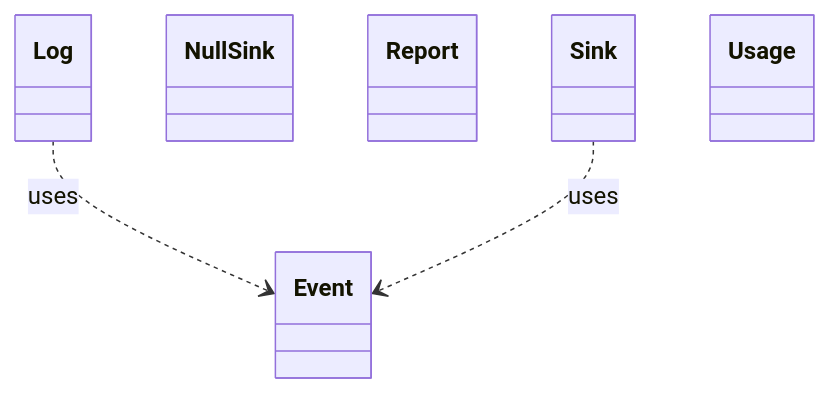
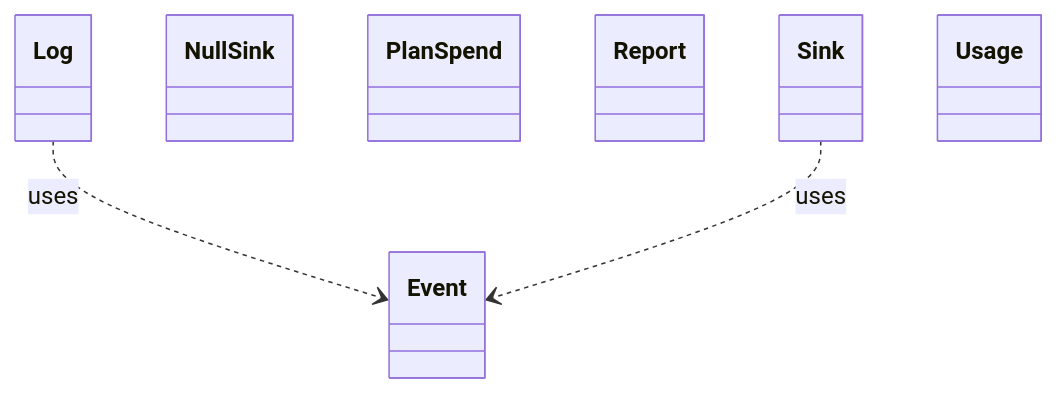
One commit to kigster/openlanes changed the diagram in docs/architecture/openlanes-events.md. Above: the diagram before and after it, drawn with Mermaid. The commit also changed 47 other files, not shown here.

````diff
--- a/docs/architecture/openlanes-events.md
+++ b/docs/architecture/openlanes-events.md
@@ -5,11 +5,12 @@
 ```mermaid
 classDiagram
   class OpenLanes__Events__Event["Event"]
   class OpenLanes__Events__Log["Log"]
   class OpenLanes__Events__NullSink["NullSink"]
+  class OpenLanes__Events__PlanSpend["PlanSpend"]
   class OpenLanes__Events__Report["Report"]
   class OpenLanes__Events__Sink["Sink"]
   class OpenLanes__Events__Usage["Usage"]
   OpenLanes__Events__Log ..> OpenLanes__Events__Event : uses
   OpenLanes__Events__Sink ..> OpenLanes__Events__Event : uses
 ```
````
